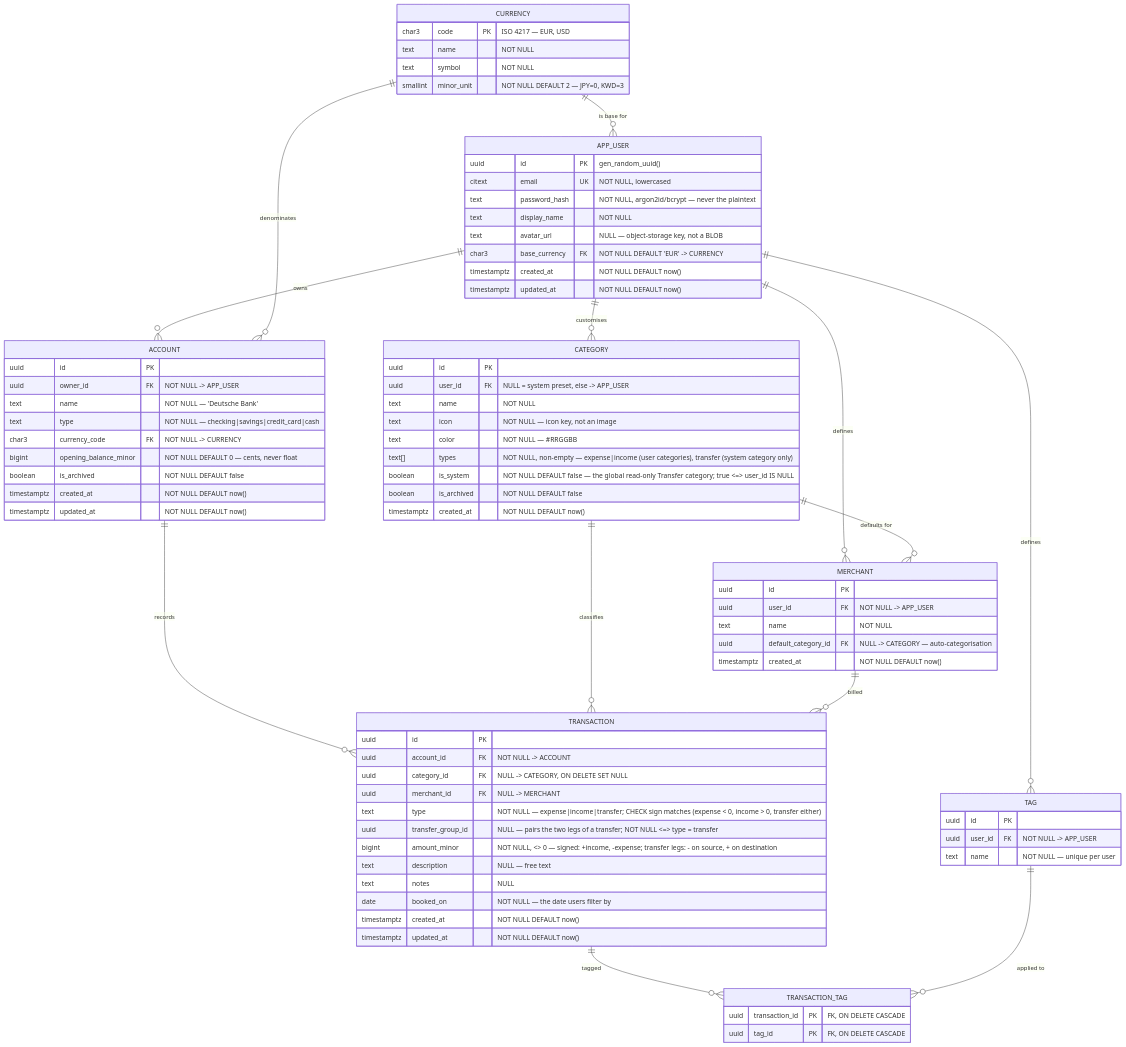
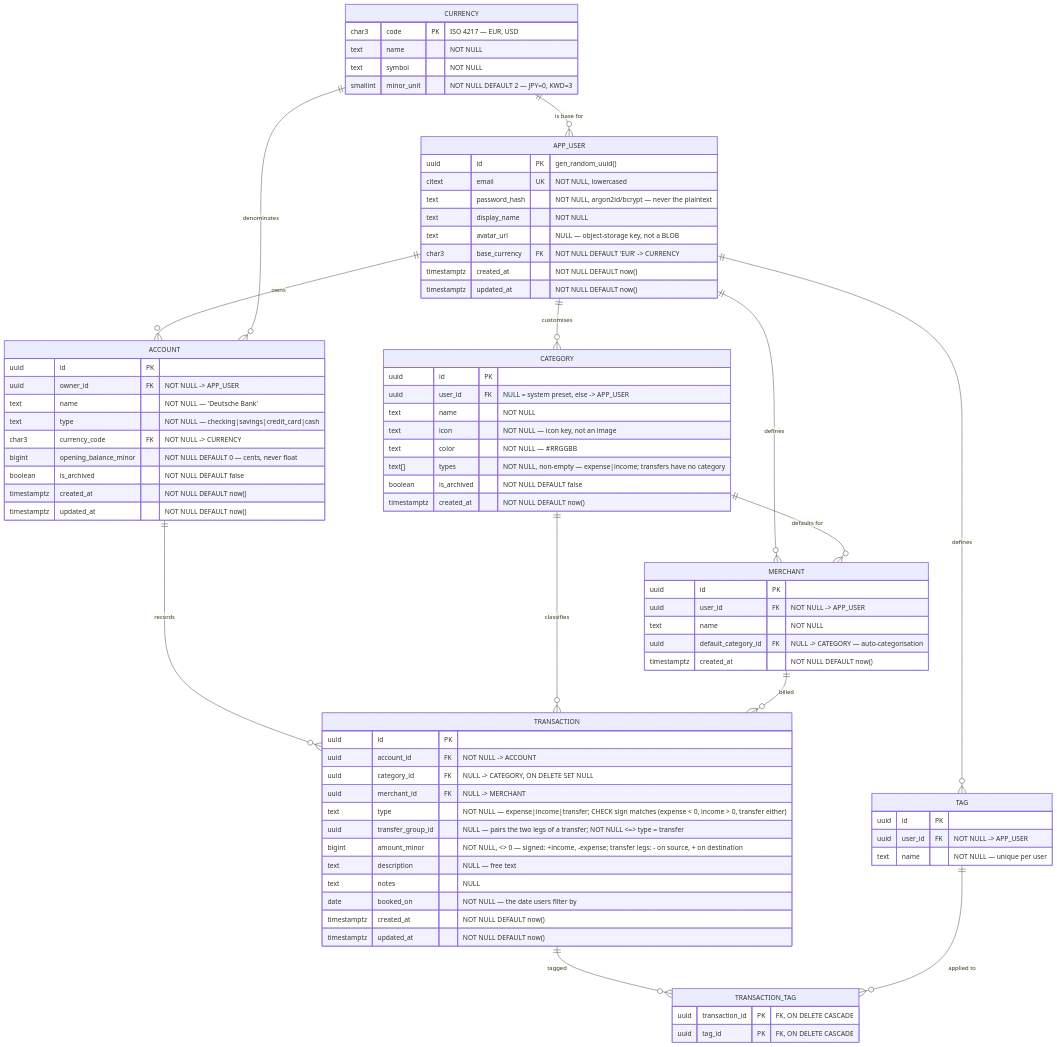
Before and after one commit to LaraKraemer/transcendence: the diagram in docs/mvp-db-schema.md, drawn with Mermaid. The commit also changed 27 other files, not shown here.

Commit message:
#120 feat: remove the Transfer system category and list categories without groups

```diff
--- a/docs/mvp-db-schema.md
+++ b/docs/mvp-db-schema.md
@@ -45,8 +45,7 @@
         text        name                    "NOT NULL"
         text        icon                    "NOT NULL — icon key, not an image"
         text        color                   "NOT NULL — #RRGGBB"
-        text[]      types                   "NOT NULL, non-empty — expense|income (user categories), transfer (system category only)"
-        boolean     is_system               "NOT NULL DEFAULT false — the global read-only Transfer category; true <=> user_id IS NULL"
+        text[]      types                   "NOT NULL, non-empty — expense|income; transfers have no category"
         boolean     is_archived             "NOT NULL DEFAULT false"
         timestamptz created_at              "NOT NULL DEFAULT now()"
     }
```
